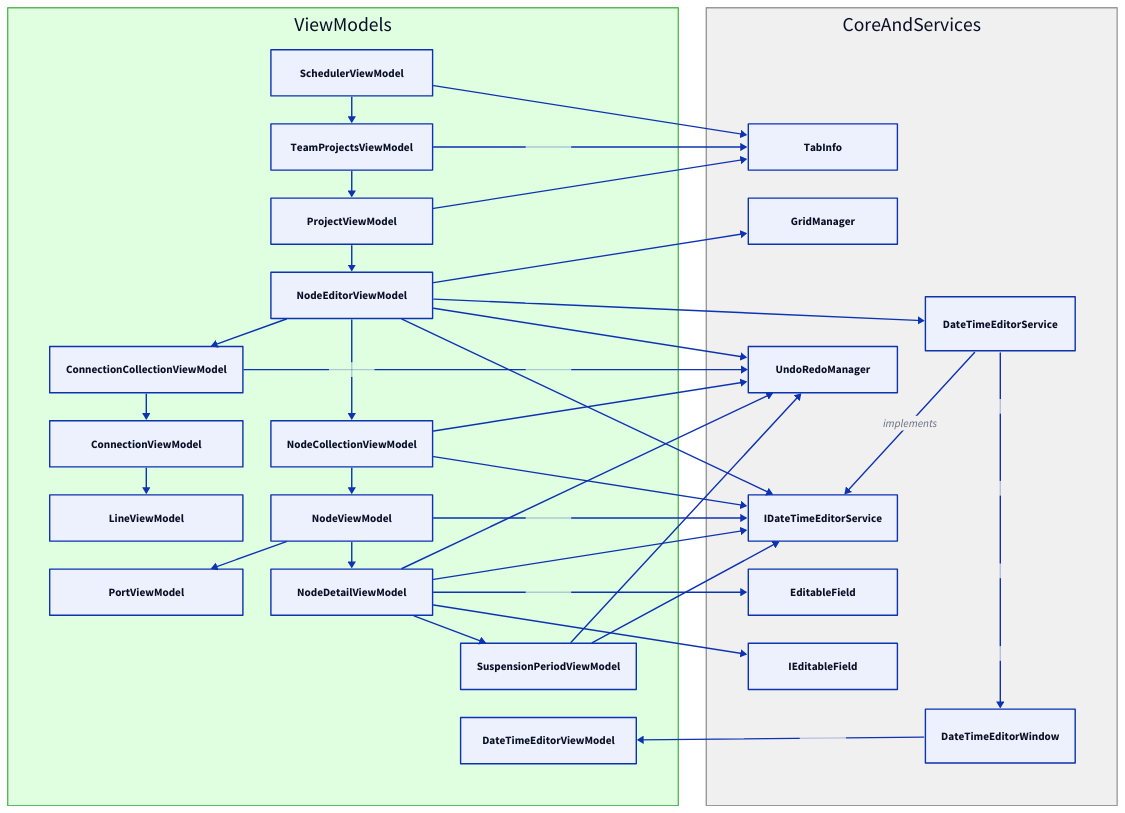
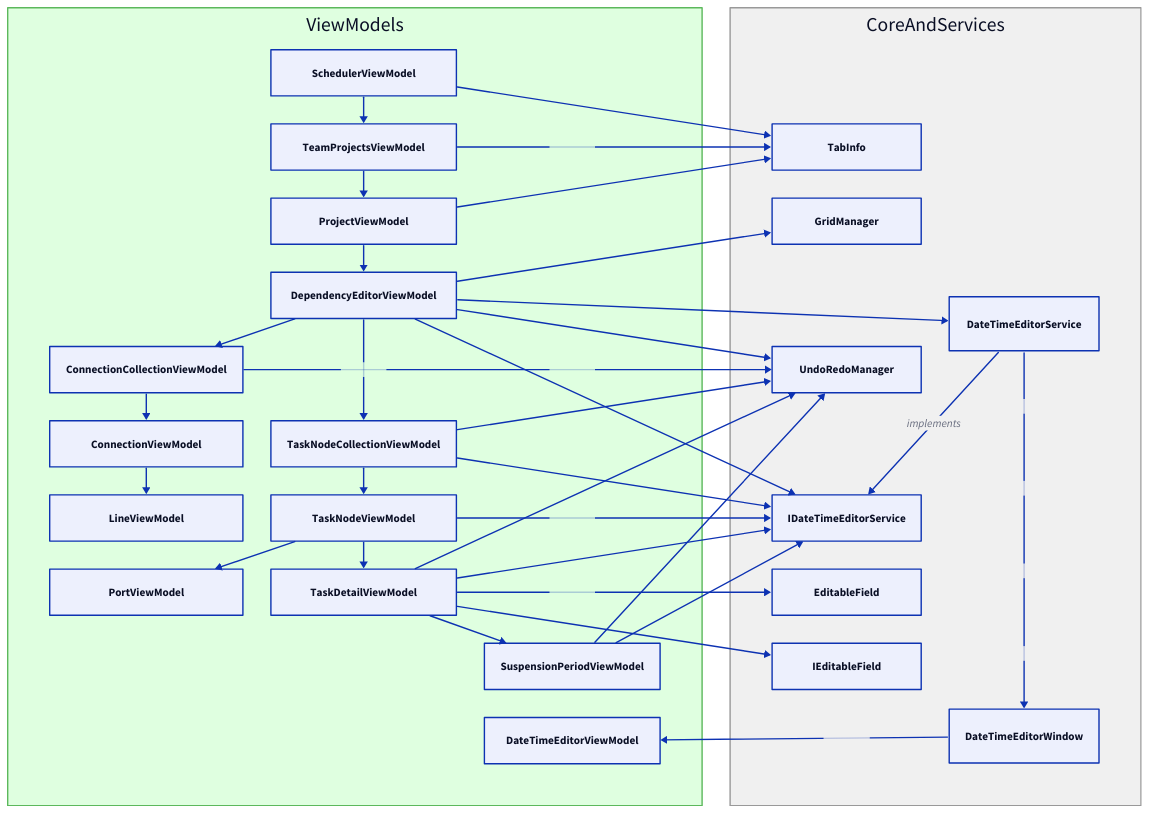
Before and after one commit to WhiteCatMonar/WcmScheduler: the fourth of 5 diagrams in documentation/task_editor_spec.md, drawn with D2. The commit also changed other lines of this file and 90 other files, not shown here.

```diff
--- a/documentation/task_editor_spec.md
+++ b/documentation/task_editor_spec.md
@@ -480,11 +485,11 @@
   SchedulerViewModel
   TeamProjectsViewModel
   ProjectViewModel
-  NodeEditorViewModel
+  DependencyEditorViewModel
   Blank2_1:{style.opacity:0}
-  NodeCollectionViewModel
-  NodeViewModel
-  NodeDetailViewModel
+  TaskNodeCollectionViewModel
+  TaskNodeViewModel
+  TaskDetailViewModel
   Blank2_2:{style.opacity:0}
   Blank2_3:{style.opacity:0}
 
@@ -531,27 +536,27 @@
 viewmodels.SchedulerViewModel -> core.TabInfo
 viewmodels.TeamProjectsViewModel -> viewmodels.ProjectViewModel
 viewmodels.TeamProjectsViewModel -> core.TabInfo
-viewmodels.ProjectViewModel -> viewmodels.NodeEditorViewModel
+viewmodels.ProjectViewModel -> viewmodels.DependencyEditorViewModel
 viewmodels.ProjectViewModel -> core.TabInfo
 
-viewmodels.NodeEditorViewModel -> viewmodels.NodeCollectionViewModel
-viewmodels.NodeEditorViewModel -> viewmodels.ConnectionCollectionViewModel
-viewmodels.NodeEditorViewModel -> core.GridManager
-viewmodels.NodeEditorViewModel -> core.UndoRedoManager
-viewmodels.NodeEditorViewModel -> core.IDateTimeEditorService
-viewmodels.NodeEditorViewModel -> core.DateTimeEditorService
+viewmodels.DependencyEditorViewModel -> viewmodels.TaskNodeCollectionViewModel
+viewmodels.DependencyEditorViewModel -> viewmodels.ConnectionCollectionViewModel
+viewmodels.DependencyEditorViewModel -> core.GridManager
+viewmodels.DependencyEditorViewModel -> core.UndoRedoManager
+viewmodels.DependencyEditorViewModel -> core.IDateTimeEditorService
+viewmodels.DependencyEditorViewModel -> core.DateTimeEditorService
 
-viewmodels.NodeCollectionViewModel -> viewmodels.NodeViewModel
-viewmodels.NodeCollectionViewModel -> core.UndoRedoManager
-viewmodels.NodeCollectionViewModel -> core.IDateTimeEditorService
-viewmodels.NodeViewModel -> viewmodels.NodeDetailViewModel
-viewmodels.NodeViewModel -> viewmodels.PortViewModel
-viewmodels.NodeViewModel -> core.IDateTimeEditorService
-viewmodels.NodeDetailViewModel -> viewmodels.SuspensionPeriodViewModel
-viewmodels.NodeDetailViewModel -> core.EditableField
-viewmodels.NodeDetailViewModel -> core.IEditableField
-viewmodels.NodeDetailViewModel -> core.UndoRedoManager
-viewmodels.NodeDetailViewModel -> core.IDateTimeEditorService
+viewmodels.TaskNodeCollectionViewModel -> viewmodels.TaskNodeViewModel
+viewmodels.TaskNodeCollectionViewModel -> core.UndoRedoManager
+viewmodels.TaskNodeCollectionViewModel -> core.IDateTimeEditorService
+viewmodels.TaskNodeViewModel -> viewmodels.TaskDetailViewModel
+viewmodels.TaskNodeViewModel -> viewmodels.PortViewModel
+viewmodels.TaskNodeViewModel -> core.IDateTimeEditorService
+viewmodels.TaskDetailViewModel -> viewmodels.SuspensionPeriodViewModel
+viewmodels.TaskDetailViewModel -> core.EditableField
+viewmodels.TaskDetailViewModel -> core.IEditableField
+viewmodels.TaskDetailViewModel -> core.UndoRedoManager
+viewmodels.TaskDetailViewModel -> core.IDateTimeEditorService
 viewmodels.SuspensionPeriodViewModel -> core.UndoRedoManager
 viewmodels.SuspensionPeriodViewModel -> core.IDateTimeEditorService
 
```
